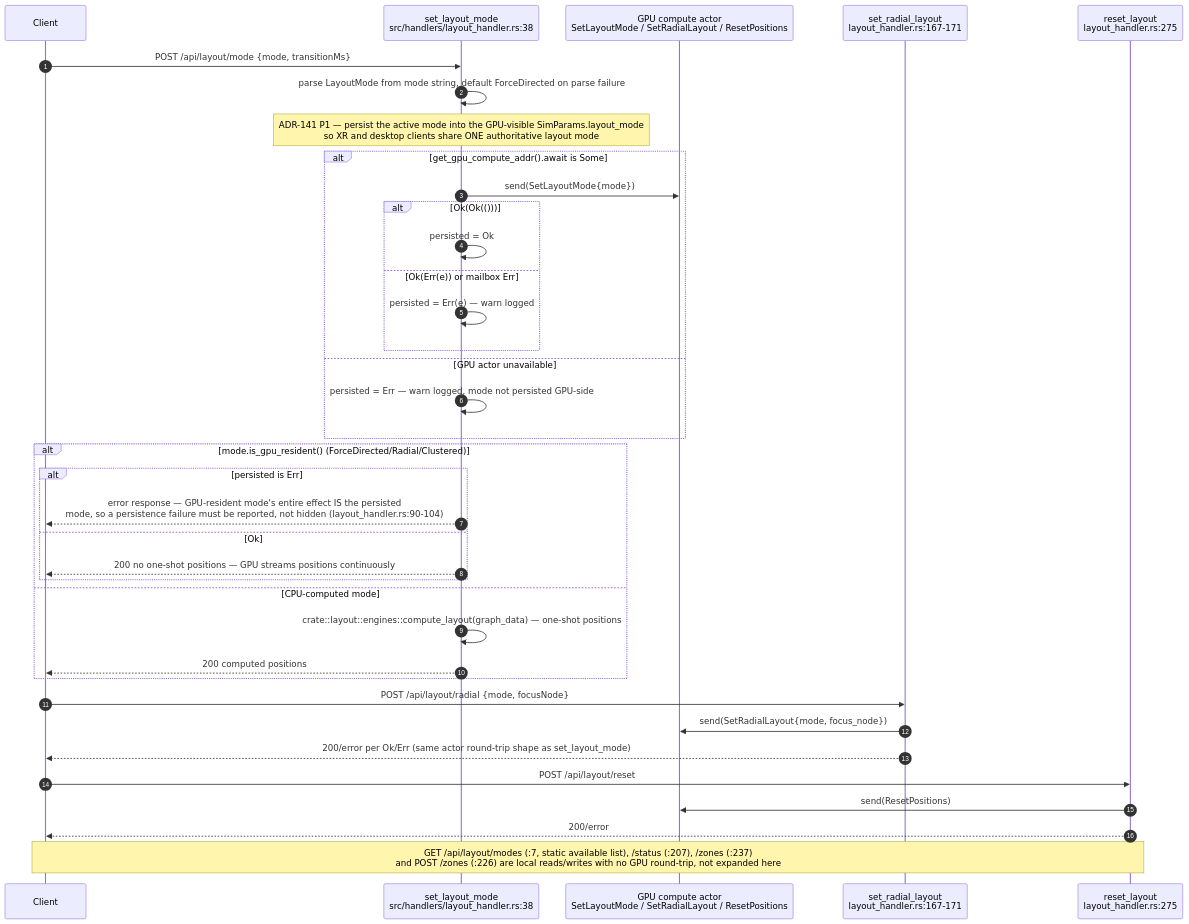
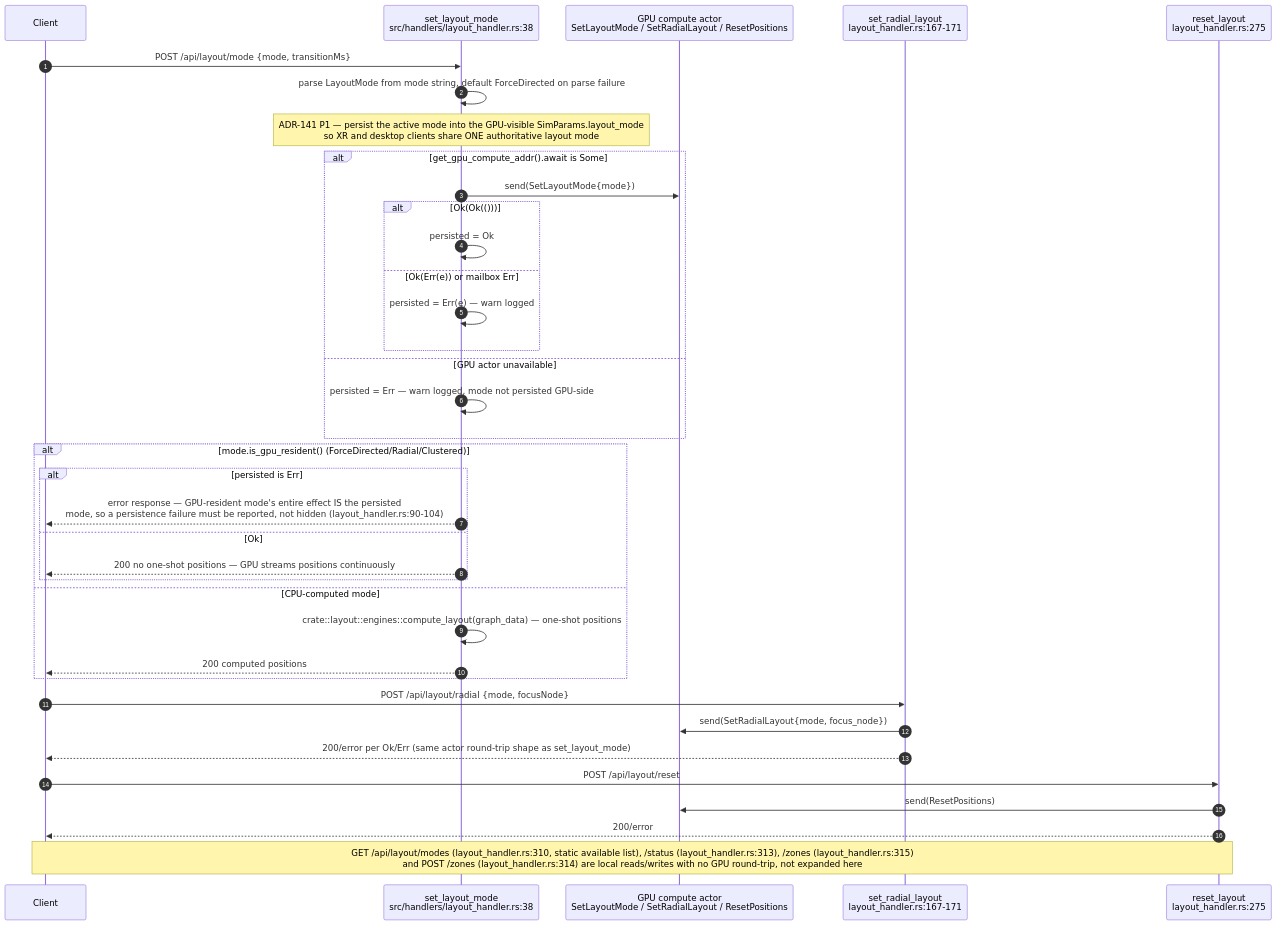
Diagram 12 of 29 in docs/diagrams/visionclaw/04-handlers-graph-and-state.md (DreamLab-AI/VisionFlow), drawn with Mermaid before and after one commit. The commit also changed other lines of this file and 52 other files, not shown here.

First line of the commit message:
docs(diagrams): wave 3 checkpoint — bare line refs resolved, revision-pinned cite-check, VC-05/AB-01..13 re-attested

````diff
--- a/docs/diagrams/visionclaw/04-handlers-graph-and-state.md
+++ b/docs/diagrams/visionclaw/04-handlers-graph-and-state.md
@@ -599,40 +599,40 @@
 ```mermaid
 sequenceDiagram
     autonumber
     participant C as Client
     participant SM as set_layout_mode<br/>src/handlers/layout_handler.rs:38
     participant GPU as GPU compute actor<br/>SetLayoutMode / SetRadialLayout / ResetPositions
     participant RL as set_radial_layout<br/>layout_handler.rs:167-171
     participant RS as reset_layout<br/>layout_handler.rs:275
 
     C->>SM: POST /api/layout/mode {mode, transitionMs}
     SM->>SM: parse LayoutMode from mode string, default ForceDirected on parse failure
     Note over SM: ADR-141 P1 — persist the active mode into the GPU-visible SimParams.layout_mode<br/>so XR and desktop clients share ONE authoritative layout mode
     alt get_gpu_compute_addr().await is Some
         SM->>GPU: send(SetLayoutMode{mode})
         alt Ok(Ok(()))
             SM->>SM: persisted = Ok
         else Ok(Err(e)) or mailbox Err
             SM->>SM: persisted = Err(e) — warn logged
         end
     else GPU actor unavailable
         SM->>SM: persisted = Err — warn logged, mode not persisted GPU-side
     end
     alt mode.is_gpu_resident() (ForceDirected/Radial/Clustered)
         alt persisted is Err
             SM-->>C: error response — GPU-resident mode's entire effect IS the persisted<br/>mode, so a persistence failure must be reported, not hidden (layout_handler.rs:90-104)
         else Ok
             SM-->>C: 200 no one-shot positions — GPU streams positions continuously
         end
     else CPU-computed mode
         SM->>SM: crate::layout::engines::compute_layout(graph_data) — one-shot positions
         SM-->>C: 200 computed positions
     end
     C->>RL: POST /api/layout/radial {mode, focusNode}
     RL->>GPU: send(SetRadialLayout{mode, focus_node})
     RL-->>C: 200/error per Ok/Err (same actor round-trip shape as set_layout_mode)
     C->>RS: POST /api/layout/reset
     RS->>GPU: send(ResetPositions)
     RS-->>C: 200/error
-    Note over C,RS: GET /api/layout/modes (:7, static available list), /status (:207), /zones (:237)<br/>and POST /zones (:226) are local reads/writes with no GPU round-trip, not expanded here
+    Note over C,RS: GET /api/layout/modes (layout_handler.rs:310, static available list), /status (layout_handler.rs:313), /zones (layout_handler.rs:315)<br/>and POST /zones (layout_handler.rs:314) are local reads/writes with no GPU round-trip, not expanded here
 ```
````
